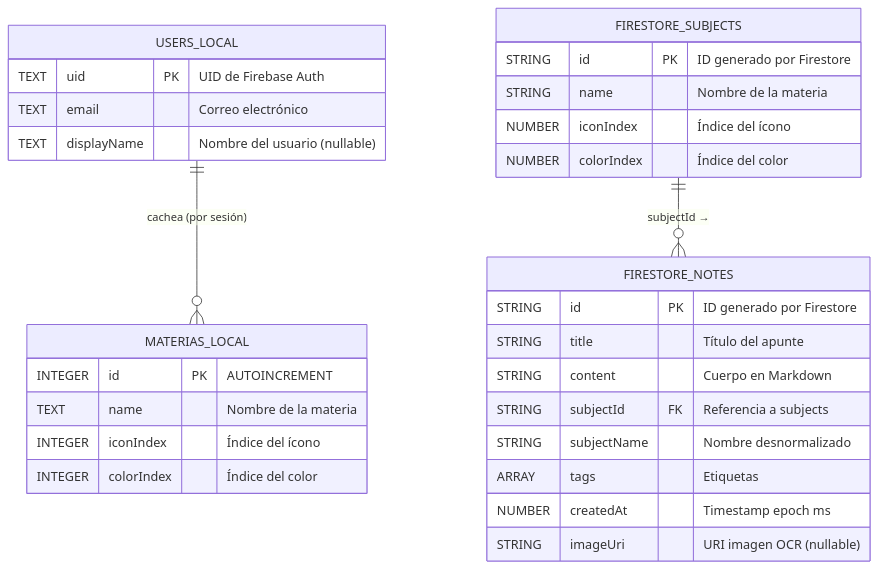
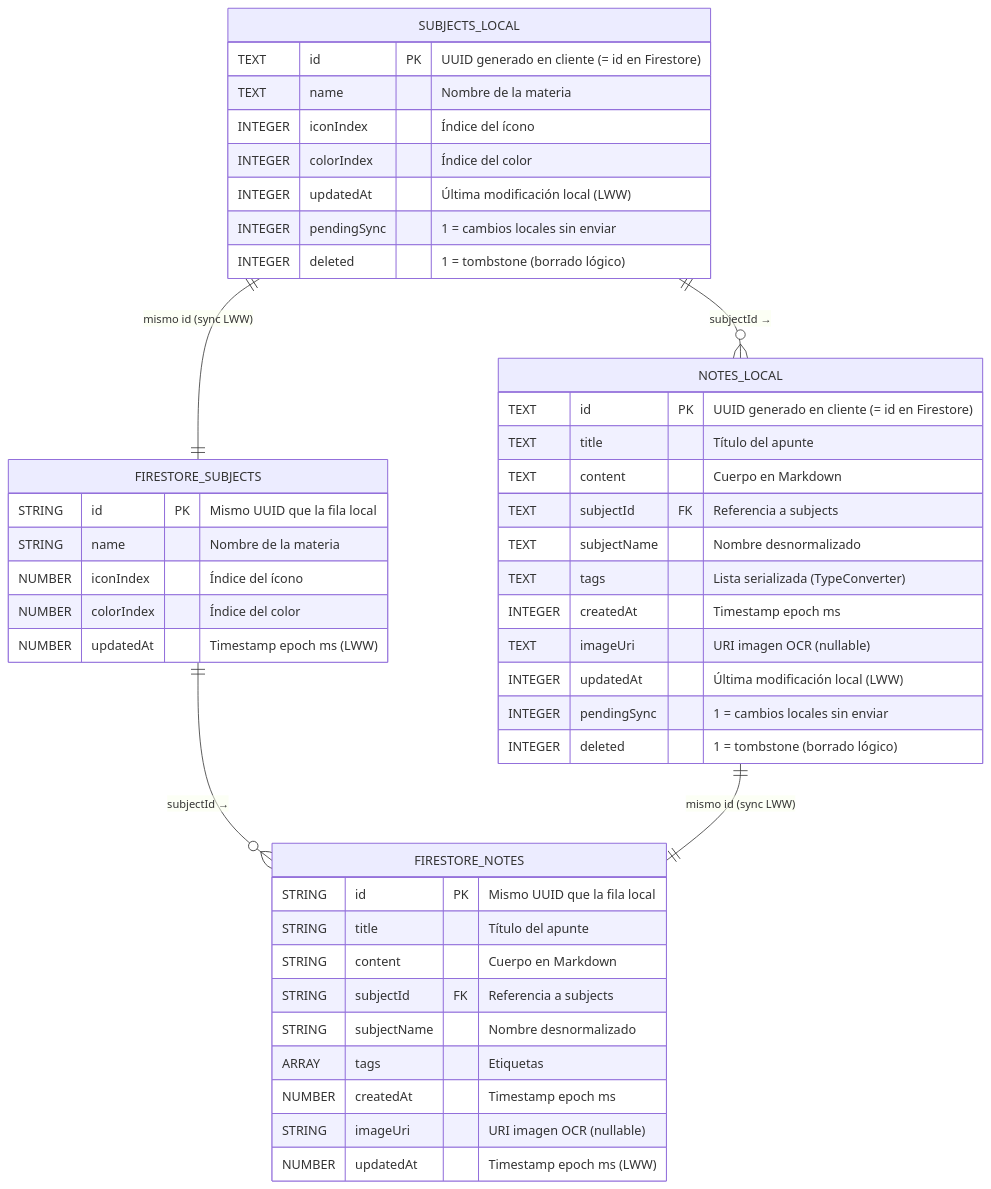
Before and after one commit to Loperaa-Juan/maestrIA: the fourth of 8 diagrams in docs/diagramas/Diagramas.md, drawn with Mermaid. The commit also changed other lines of this file and 1 other file, not shown here.

Commit message:
docs: añadir README y actualizar diagramas D03/D04 a offline-first

````diff
--- a/docs/diagramas/Diagramas.md
+++ b/docs/diagramas/Diagramas.md
@@ -178,39 +196,54 @@
 ```mermaid
 erDiagram
-    %% ── ROOM (LOCAL) ─────────────────────────────────────
-    USERS_LOCAL {
-        TEXT uid PK "UID de Firebase Auth"
-        TEXT email "Correo electrónico"
-        TEXT displayName "Nombre del usuario (nullable)"
-    }
-
-    MATERIAS_LOCAL {
-        INTEGER id PK "AUTOINCREMENT"
+    %% ── ROOM (LOCAL — fuente de verdad offline-first) ─────
+    SUBJECTS_LOCAL {
+        TEXT id PK "UUID generado en cliente (= id en Firestore)"
         TEXT name "Nombre de la materia"
         INTEGER iconIndex "Índice del ícono"
         INTEGER colorIndex "Índice del color"
+        INTEGER updatedAt "Última modificación local (LWW)"
+        INTEGER pendingSync "1 = cambios locales sin enviar"
+        INTEGER deleted "1 = tombstone (borrado lógico)"
+    }
+
+    NOTES_LOCAL {
+        TEXT id PK "UUID generado en cliente (= id en Firestore)"
+        TEXT title "Título del apunte"
+        TEXT content "Cuerpo en Markdown"
+        TEXT subjectId FK "Referencia a subjects"
+        TEXT subjectName "Nombre desnormalizado"
+        TEXT tags "Lista serializada (TypeConverter)"
+        INTEGER createdAt "Timestamp epoch ms"
+        TEXT imageUri "URI imagen OCR (nullable)"
+        INTEGER updatedAt "Última modificación local (LWW)"
+        INTEGER pendingSync "1 = cambios locales sin enviar"
+        INTEGER deleted "1 = tombstone (borrado lógico)"
     }
 
     %% ── FIRESTORE (REMOTO) ───────────────────────────────
     FIRESTORE_SUBJECTS {
-        STRING id PK "ID generado por Firestore"
+        STRING id PK "Mismo UUID que la fila local"
         STRING name "Nombre de la materia"
         NUMBER iconIndex "Índice del ícono"
         NUMBER colorIndex "Índice del color"
+        NUMBER updatedAt "Timestamp epoch ms (LWW)"
     }
 
     FIRESTORE_NOTES {
-        STRING id PK "ID generado por Firestore"
+        STRING id PK "Mismo UUID que la fila local"
         STRING title "Título del apunte"
         STRING content "Cuerpo en Markdown"
         STRING subjectId FK "Referencia a subjects"
         STRING subjectName "Nombre desnormalizado"
         ARRAY tags "Etiquetas"
         NUMBER createdAt "Timestamp epoch ms"
         STRING imageUri "URI imagen OCR (nullable)"
+        NUMBER updatedAt "Timestamp epoch ms (LWW)"
     }
 
     %% ── RELACIONES ───────────────────────────────────────
-    USERS_LOCAL ||--o{ MATERIAS_LOCAL : "cachea (por sesión)"
+    SUBJECTS_LOCAL ||--o{ NOTES_LOCAL : "subjectId →"
     FIRESTORE_SUBJECTS ||--o{ FIRESTORE_NOTES : "subjectId →"
+    SUBJECTS_LOCAL ||--|| FIRESTORE_SUBJECTS : "mismo id (sync LWW)"
+    NOTES_LOCAL ||--|| FIRESTORE_NOTES : "mismo id (sync LWW)"
 ```
````
